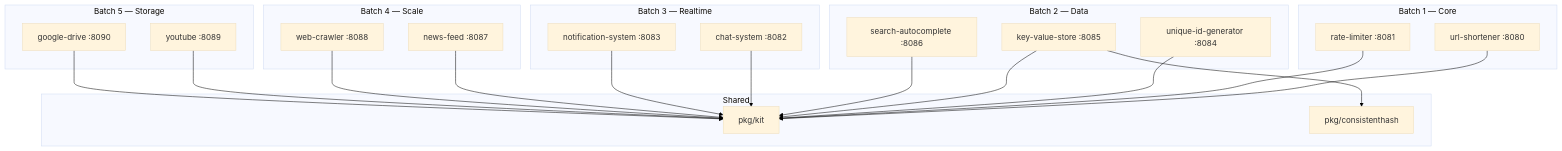
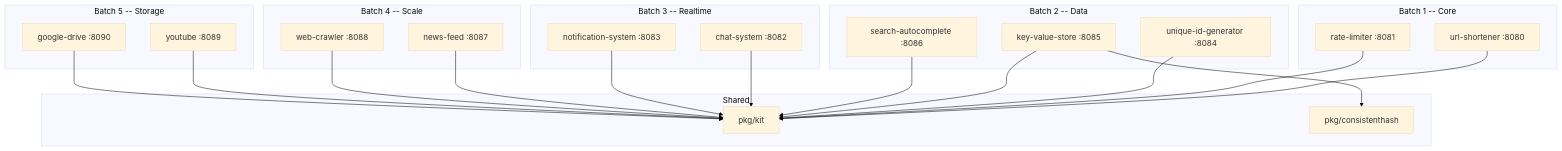
One commit to faisalaffan/faisalaffan-design-system changed the diagram in book/id/01-getting-started/architecture.md. Above: the diagram before and after it, drawn with Mermaid. The commit also changed other lines of this file and 20 other files, not shown here.

````diff
--- a/book/id/01-getting-started/architecture.md
+++ b/book/id/01-getting-started/architecture.md
@@ -5,41 +5,41 @@
 ```mermaid
 %%{init: {"theme": "base", "themeVariables": {"background": "#ffffff"}}}%%
 flowchart TB
-    subgraph "Batch 1 — Core"
+    subgraph "Batch 1 -- Core"
         US["url-shortener :8080"]
         RL["rate-limiter :8081"]
     end
-    subgraph "Batch 2 — Data"
+    subgraph "Batch 2 -- Data"
         ID["unique-id-generator :8084"]
         KV["key-value-store :8085"]
         AC["search-autocomplete :8086"]
     end
-    subgraph "Batch 3 — Realtime"
+    subgraph "Batch 3 -- Realtime"
         CS["chat-system :8082"]
         NS["notification-system :8083"]
     end
-    subgraph "Batch 4 — Scale"
+    subgraph "Batch 4 -- Scale"
         NF["news-feed :8087"]
         WC["web-crawler :8088"]
     end
-    subgraph "Batch 5 — Storage"
+    subgraph "Batch 5 -- Storage"
         YT["youtube :8089"]
         GD["google-drive :8090"]
     end
     subgraph "Shared"
         KIT["pkg/kit"]
         CH["pkg/consistenthash"]
     end
     US --> KIT
     RL --> KIT
     ID --> KIT
     KV --> KIT
     KV --> CH
     AC --> KIT
     CS --> KIT
     NS --> KIT
     NF --> KIT
     WC --> KIT
     YT --> KIT
     GD --> KIT
 ```
````
